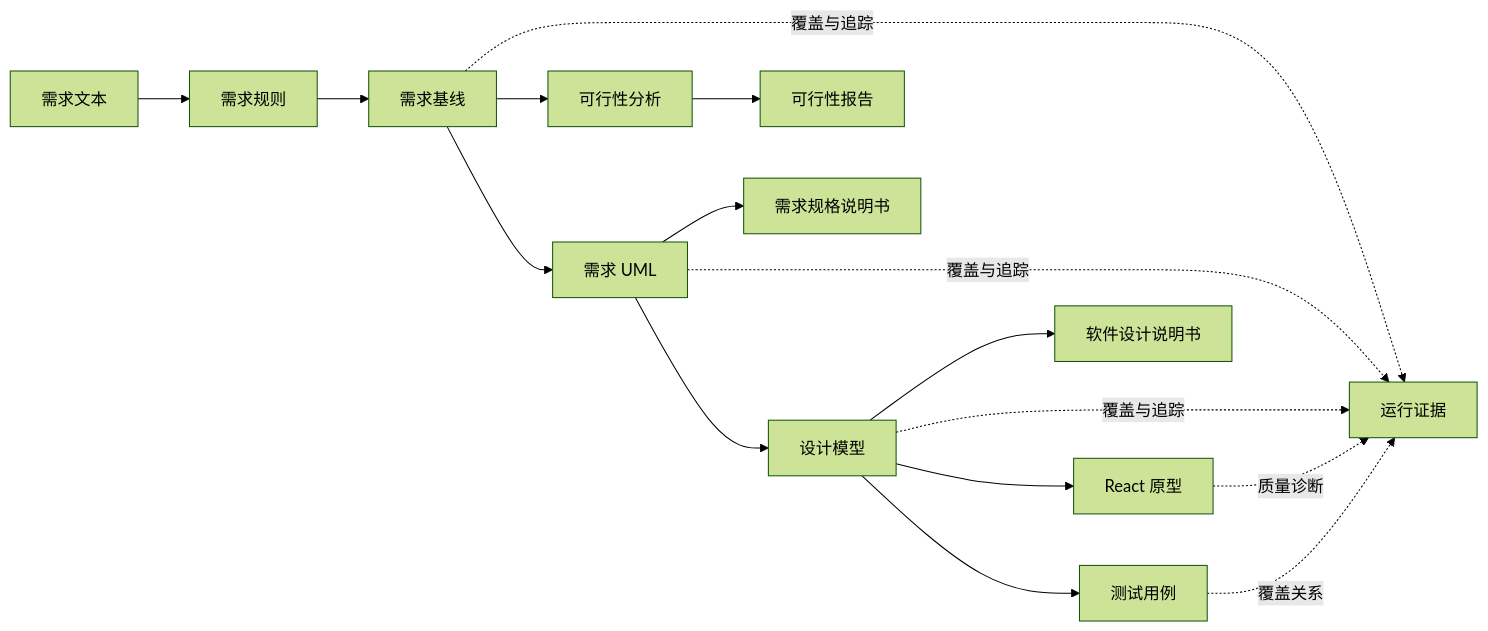
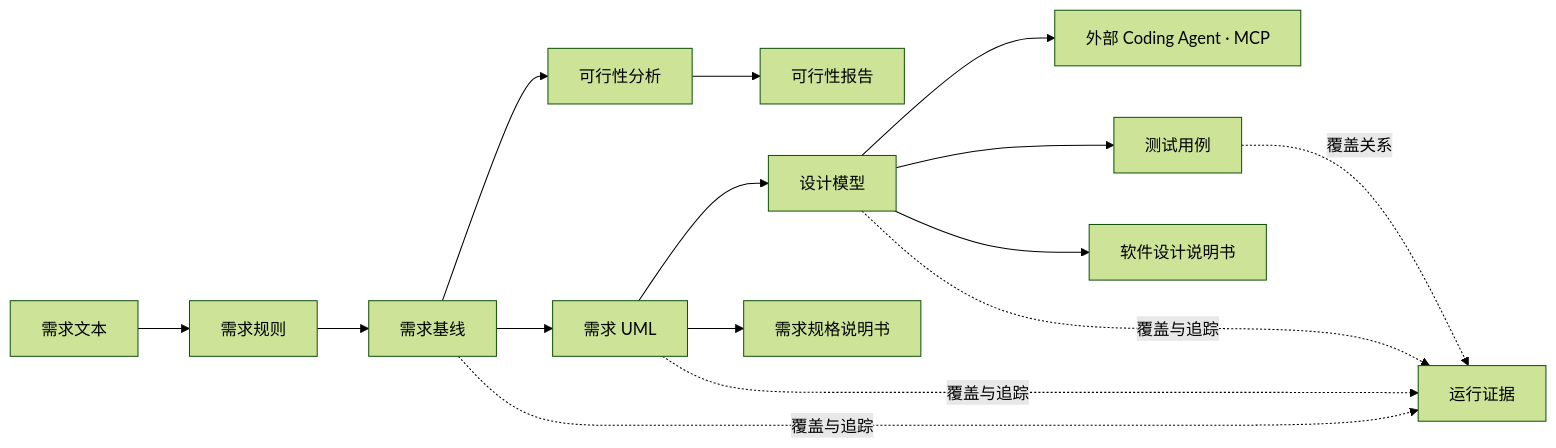
The diagram in readme-zh-cn.md (guolola/ai-software-engineering-platform), drawn with Mermaid (forest theme) before and after one commit. The commit also changed other lines of this file and 341 other files, not shown here.

Commit message:
feat: integrate coding agents via MCP and retire prototype generation

````diff
--- a/readme-zh-cn.md
+++ b/readme-zh-cn.md
@@ -104,18 +105,17 @@
 ```mermaid
 flowchart LR
   A["需求文本"] --> B["需求规则"]
   B --> C["需求基线"]
   C --> D["可行性分析"]
   C --> E["需求 UML"]
   E --> F["设计模型"]
-  F --> G["React 原型"]
+  F --> G["外部 Coding Agent · MCP"]
   F --> H["测试用例"]
   D --> I["可行性报告"]
   E --> J["需求规格说明书"]
   F --> K["软件设计说明书"]
   C -.覆盖与追踪.-> L["运行证据"]
   E -.覆盖与追踪.-> L
   F -.覆盖与追踪.-> L
-  G -.质量诊断.-> L
   H -.覆盖关系.-> L
 ```
````
